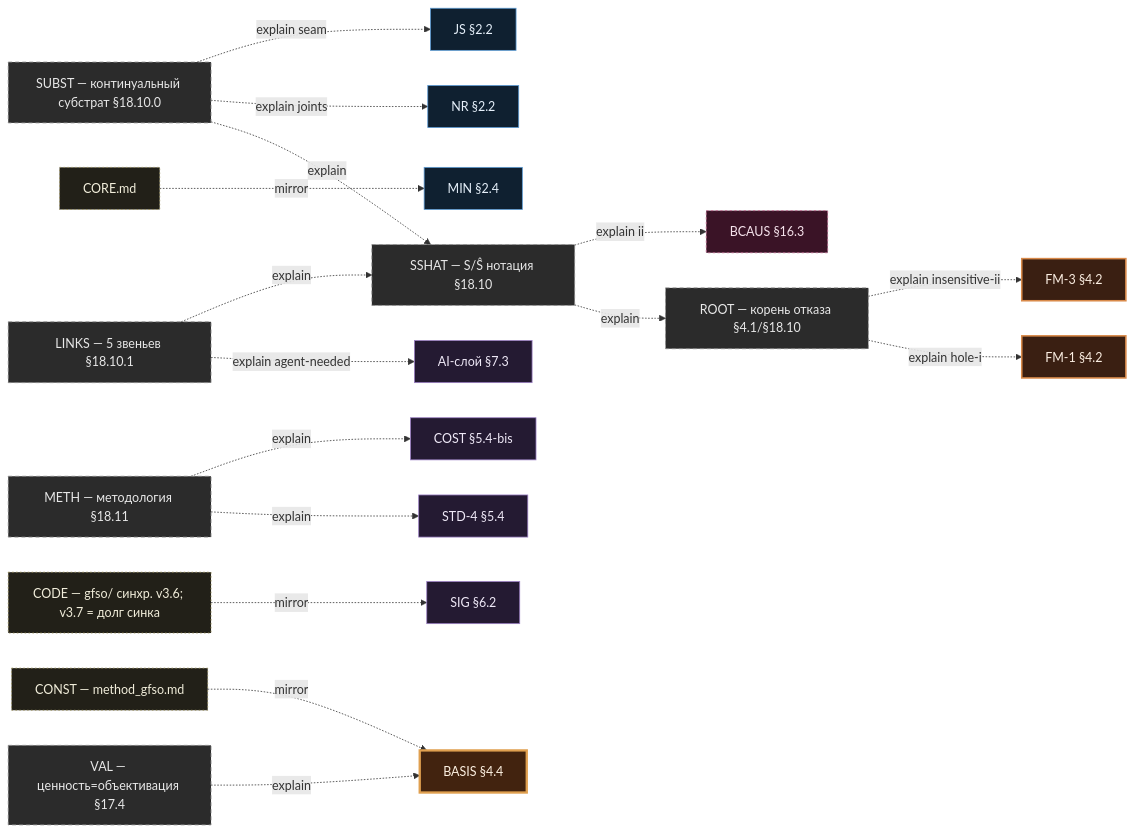
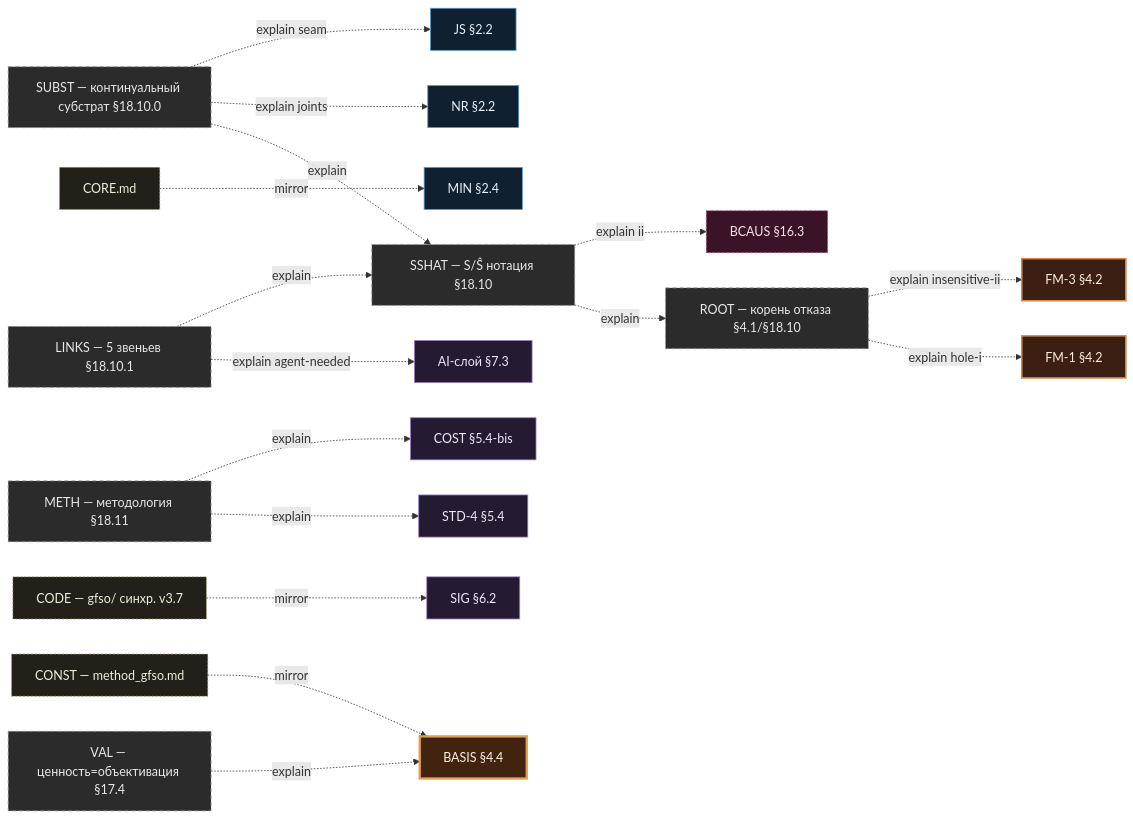
The fourth of 5 diagrams in docs/gfso_dependency_map.md (Kirill-Shokhin/GFSO), drawn with Mermaid before and after one commit. The commit also changed other lines of this file and 47 other files, not shown here.

````diff
--- a/docs/gfso_dependency_map.md
+++ b/docs/gfso_dependency_map.md
@@ -393,58 +393,58 @@
 ```mermaid
 %%{init: {'flowchart': {'nodeSpacing': 45, 'rankSpacing': 55}}}%%
 flowchart LR
   classDef prim fill:#143226,stroke:#5fbf8f,color:#e9f7ef,stroke-width:2px;
   classDef derived fill:#0f2030,stroke:#5b9bd5,color:#e6f0fa;
   classDef fm fill:#3a1f12,stroke:#d98a4a,color:#fbeee2,stroke-width:2px;
   classDef basis fill:#42230f,stroke:#e0a050,color:#fdf1e2,stroke-width:3px;
   classDef guard fill:#241a32,stroke:#9b7fc4,color:#efe9f7;
   classDef overlay fill:#2b2b2b,stroke:#8a8a8a,color:#e8e8e8,stroke-dasharray:5 4;
   classDef bound fill:#3a1326,stroke:#c46a93,color:#f6e3ec,stroke-dasharray:3 3;
   classDef mirror fill:#222018,stroke:#9a8f5a,color:#f1edda,stroke-dasharray:2 3;
 
   %% теормодель overlay
   SSHAT["SSHAT — S/Ŝ нотация §18.10"]
   SUBST["SUBST — континуальный субстрат §18.10.0"]
   LINKS["LINKS — 5 звеньев §18.10.1"]
   METH["METH — методология §18.11"]
   VAL["VAL — ценность=объективация §17.4"]
   ROOT["ROOT — корень отказа §4.1/§18.10"]
   class SSHAT,SUBST,LINKS,METH,VAL,ROOT overlay
 
   %% зеркала
   CONST["CONST — method_gfso.md"]
   CORE["CORE.md"]
-  CODE["CODE — gfso/ синхр. v3.6; v3.7 = долг синка"]
+  CODE["CODE — gfso/ синхр. v3.7"]
   class CONST,CORE,CODE mirror
 
   %% light-якоря
   NR["NR §2.2"]; JS["JS §2.2"]; MIN["MIN §2.4"]
   class NR,JS,MIN derived
   FM1["FM-1 §4.2"]; FM3["FM-3 §4.2"]
   class FM1,FM3 fm
   STD4["STD-4 §5.4"]; COST["COST §5.4-bis"]; SIG["SIG §6.2"]; AI["AI-слой §7.3"]
   class STD4,COST,SIG,AI guard
   BASIS["BASIS §4.4"]
   class BASIS basis
   BCAUS["BCAUS §16.3"]
   class BCAUS bound
 
   %% теормодель = explain (пунктир), не выводит аппарат
   ROOT -.->|explain hole-i| FM1
   ROOT -.->|explain insensitive-ii| FM3
   SSHAT -.->|explain| ROOT
   SUBST -.->|explain| SSHAT
   SUBST -.->|explain joints| NR
   SUBST -.->|explain seam| JS
   LINKS -.->|explain agent-needed| AI
   LINKS -.->|explain| SSHAT
   METH -.->|explain| STD4
   METH -.->|explain| COST
   VAL -.->|explain| BASIS
   SSHAT -.->|explain ii| BCAUS
 
   %% зеркала = проекции канона
   CONST -.->|mirror| BASIS
   CORE -.->|mirror| MIN
   CODE -.->|mirror| SIG
 ```
````
